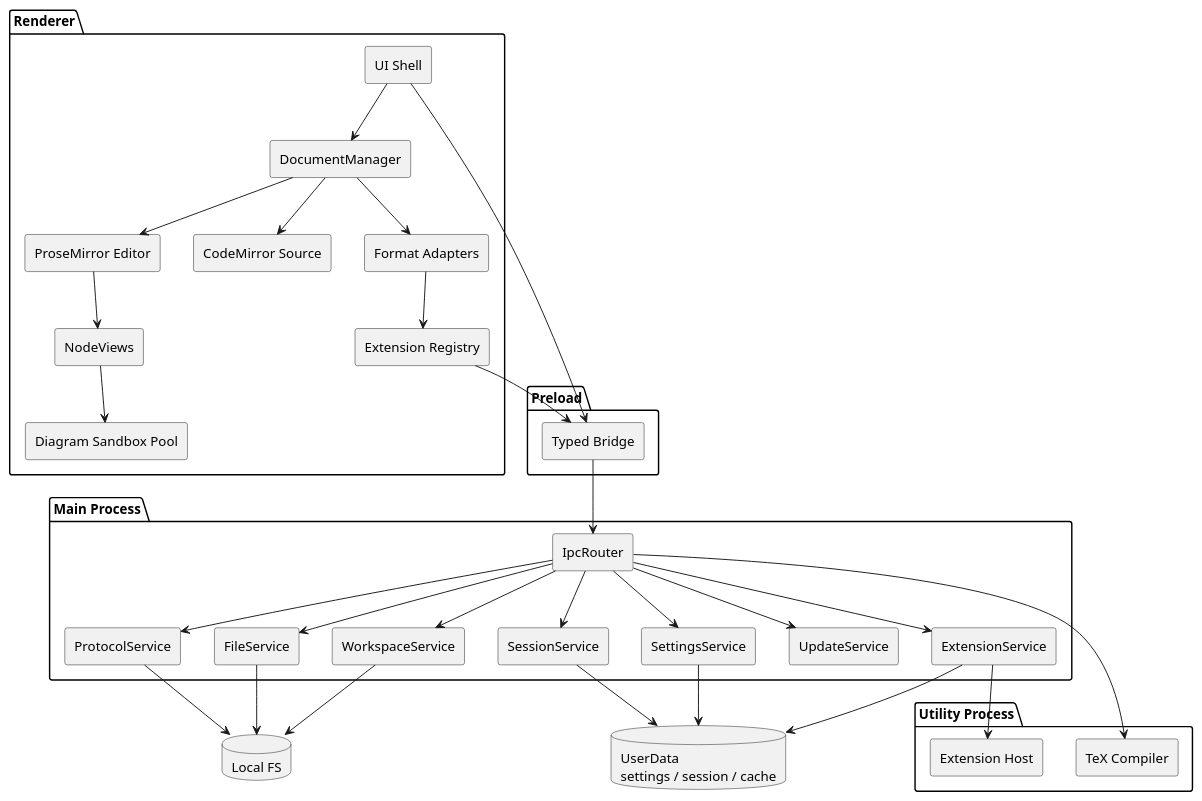
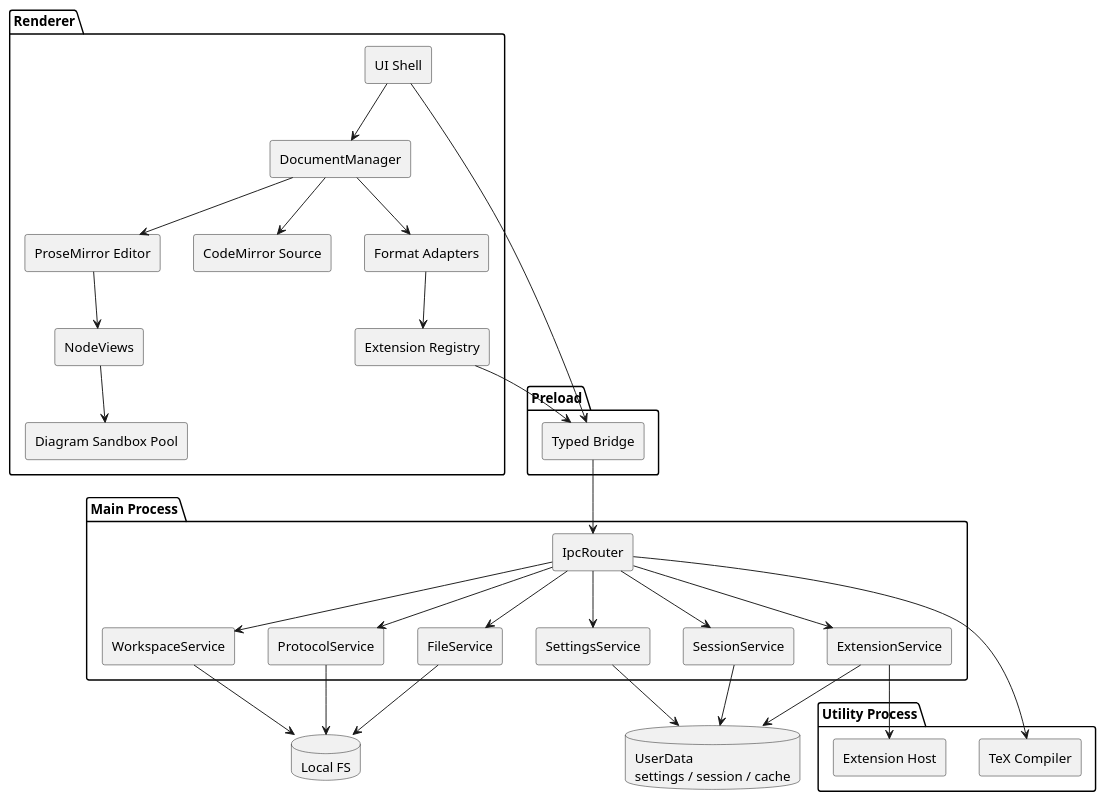
One commit to cpzz/panda-live changed the first of 6 diagrams in doc/design.md. Above: the diagram before and after it, drawn with PlantUML. The commit also changed other lines of this file and 18 other files, not shown here.

````diff
--- a/doc/design.md
+++ b/doc/design.md
@@ -234,66 +234,64 @@
 ```plantuml
 @startuml
 skinparam componentStyle rectangle
 skinparam shadowing false
 
 package "Main Process" {
   [IpcRouter]
   [FileService]
   [WorkspaceService]
   [SettingsService]
   [SessionService]
   [ProtocolService]
-  [UpdateService]
   [ExtensionService]
 }
 
 package "Preload" {
   [Typed Bridge]
 }
 
 package "Renderer" {
   [UI Shell]
   [DocumentManager]
   [ProseMirror Editor]
   [CodeMirror Source]
   [Format Adapters]
   [Extension Registry]
   [NodeViews]
   [Diagram Sandbox Pool]
 }
 
 package "Utility Process" {
   [TeX Compiler]
   [Extension Host]
 }
 
 database "Local FS" as FS
 database "UserData\nsettings / session / cache" as UD
 
 [UI Shell] --> [DocumentManager]
 [UI Shell] --> [Typed Bridge]
 [DocumentManager] --> [ProseMirror Editor]
 [DocumentManager] --> [CodeMirror Source]
 [DocumentManager] --> [Format Adapters]
 [Format Adapters] --> [Extension Registry]
 [Extension Registry] --> [Typed Bridge]
 [ProseMirror Editor] --> [NodeViews]
 [NodeViews] --> [Diagram Sandbox Pool]
 [Typed Bridge] --> [IpcRouter]
 [IpcRouter] --> [FileService]
 [IpcRouter] --> [WorkspaceService]
 [IpcRouter] --> [SettingsService]
 [IpcRouter] --> [SessionService]
 [IpcRouter] --> [ProtocolService]
-[IpcRouter] --> [UpdateService]
 [IpcRouter] --> [TeX Compiler]
 [IpcRouter] --> [ExtensionService]
 [ExtensionService] --> [Extension Host]
 [ExtensionService] --> UD
 [FileService] --> FS
 [WorkspaceService] --> FS
 [ProtocolService] --> FS
 [SettingsService] --> UD
 [SessionService] --> UD
 @enduml
 ```
````
